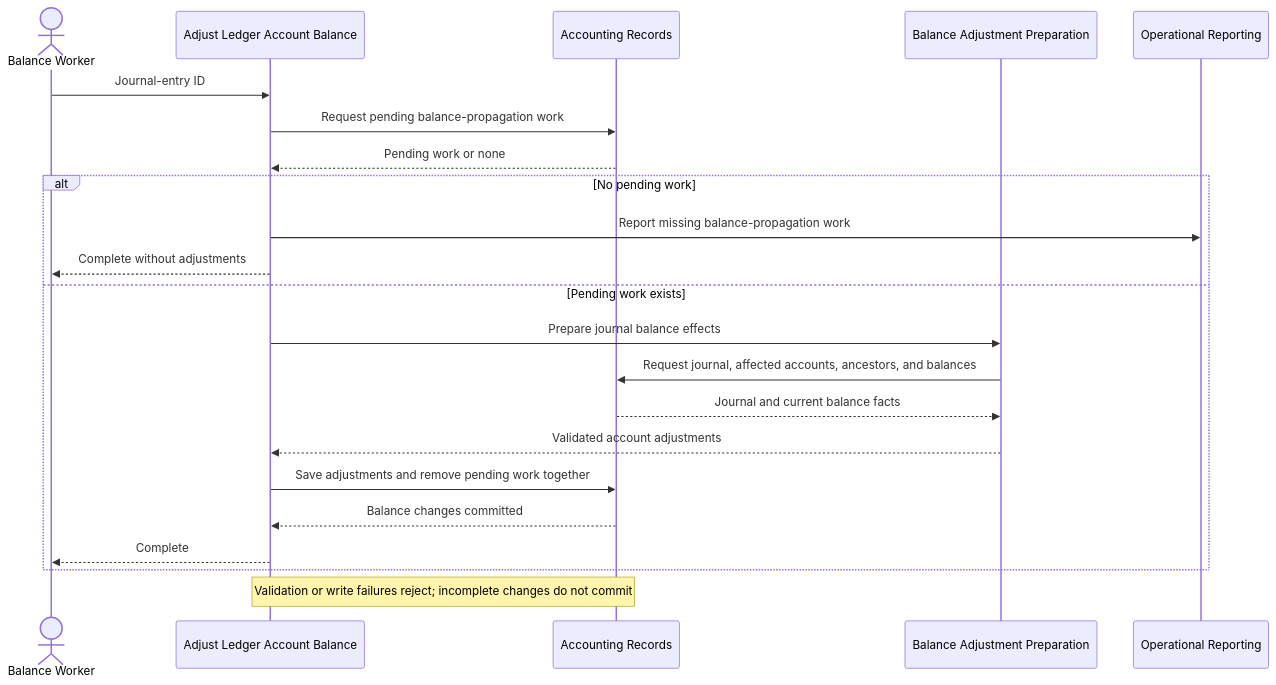
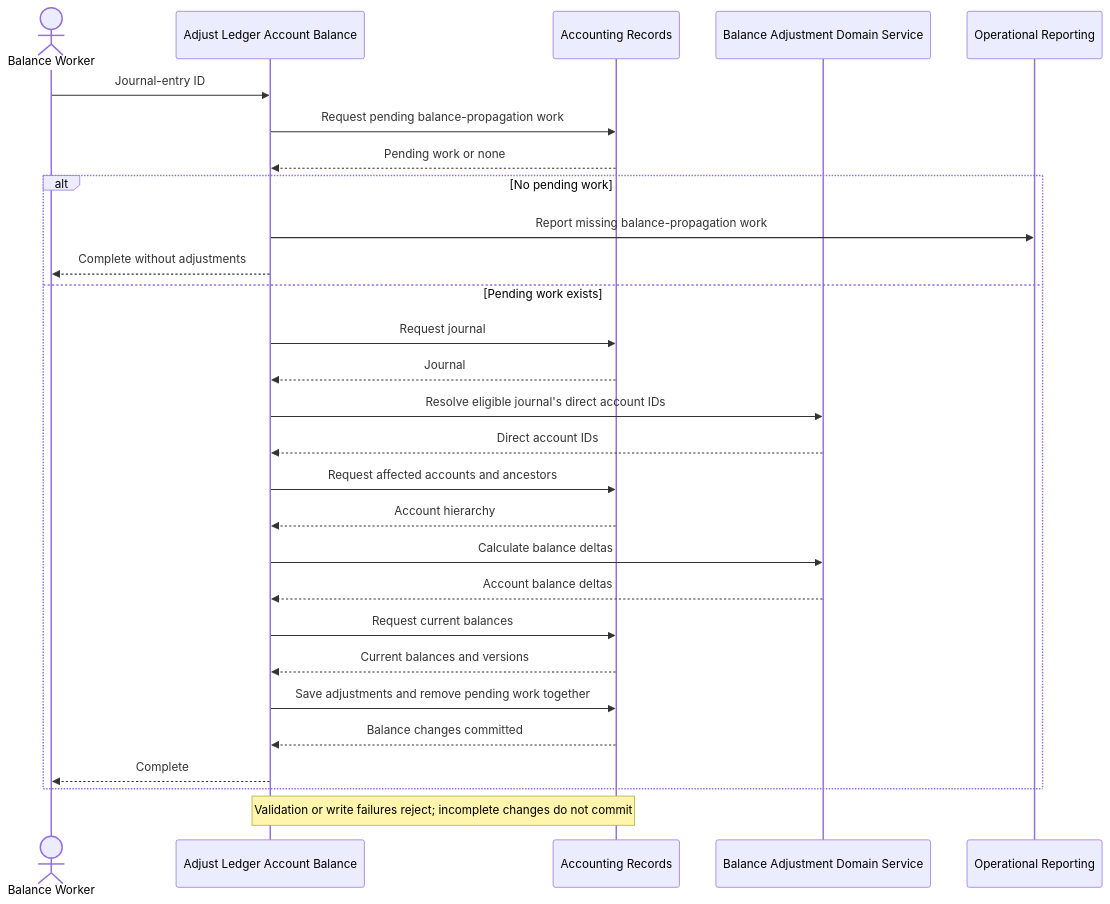
One commit to drimsheet/drimsheet-core changed the diagram in src/app/ledger/usecases/__docs__/adjust-ledger-account-balance.sequence.md. Above: the diagram before and after it, drawn with Mermaid. The commit also changed 14 other files, not shown here.

````diff
--- a/src/app/ledger/usecases/__docs__/adjust-ledger-account-balance.sequence.md
+++ b/src/app/ledger/usecases/__docs__/adjust-ledger-account-balance.sequence.md
@@ -3,25 +3,31 @@
 ```mermaid
 sequenceDiagram
     actor Worker as Balance Worker
     participant Adjust as Adjust Ledger Account Balance
     participant Records as Accounting Records
-    participant Preparation as Balance Adjustment Preparation
+    participant Adjustment as Balance Adjustment Domain Service
     participant Reporting as Operational Reporting
 
     Worker->>Adjust: Journal-entry ID
     Adjust->>Records: Request pending balance-propagation work
     Records-->>Adjust: Pending work or none
     alt No pending work
         Adjust->>Reporting: Report missing balance-propagation work
         Adjust-->>Worker: Complete without adjustments
     else Pending work exists
-        Adjust->>Preparation: Prepare journal balance effects
-        Preparation->>Records: Request journal, affected accounts, ancestors, and balances
-        Records-->>Preparation: Journal and current balance facts
-        Preparation-->>Adjust: Validated account adjustments
+        Adjust->>Records: Request journal
+        Records-->>Adjust: Journal
+        Adjust->>Adjustment: Resolve eligible journal's direct account IDs
+        Adjustment-->>Adjust: Direct account IDs
+        Adjust->>Records: Request affected accounts and ancestors
+        Records-->>Adjust: Account hierarchy
+        Adjust->>Adjustment: Calculate balance deltas
+        Adjustment-->>Adjust: Account balance deltas
+        Adjust->>Records: Request current balances
+        Records-->>Adjust: Current balances and versions
         Adjust->>Records: Save adjustments and remove pending work together
         Records-->>Adjust: Balance changes committed
         Adjust-->>Worker: Complete
     end
     Note over Adjust,Records: Validation or write failures reject#59; incomplete changes do not commit
 ```
````
